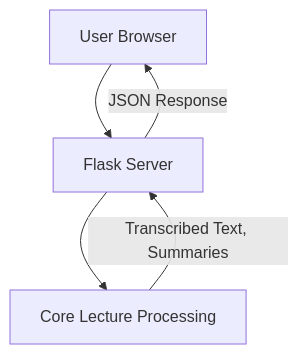
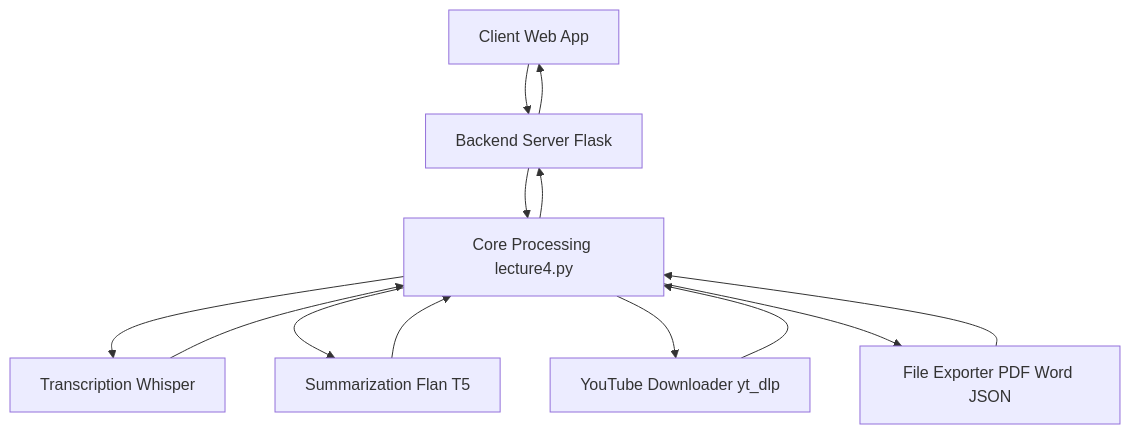
The diagram in docs/REPOSITORY_OVERVIEW.md (test-company-prowiz/Note-Summerizer), drawn with Mermaid before and after one commit. The commit also changed other lines of this file, not shown here.

````diff
--- a/docs/REPOSITORY_OVERVIEW.md
+++ b/docs/REPOSITORY_OVERVIEW.md
@@ -51,7 +62,15 @@
 ```mermaid
 graph TD
-A[User Browser] --> B[Flask Server];
-B --> C[Core Lecture Processing];
-C -- Transcribed Text, Summaries --> B;
-B -- JSON Response --> A;
+A[Client Web App] --> B[Backend Server Flask]
+B --> C[Core Processing lecture4.py]
+C --> D[Transcription Whisper]
+C --> E[Summarization Flan T5]
+C --> F[YouTube Downloader yt_dlp]
+C --> G[File Exporter PDF Word JSON]
+D --> C
+E --> C
+F --> C
+G --> C
+C --> B
+B --> A
 ```
````
